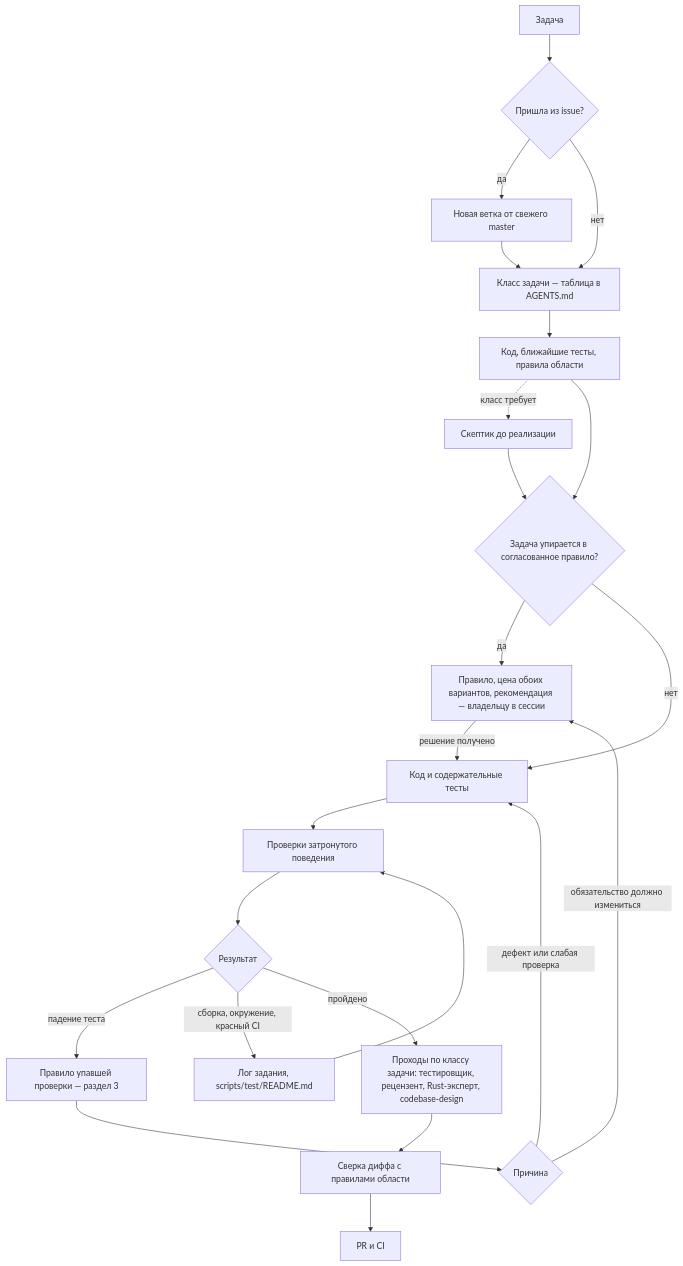
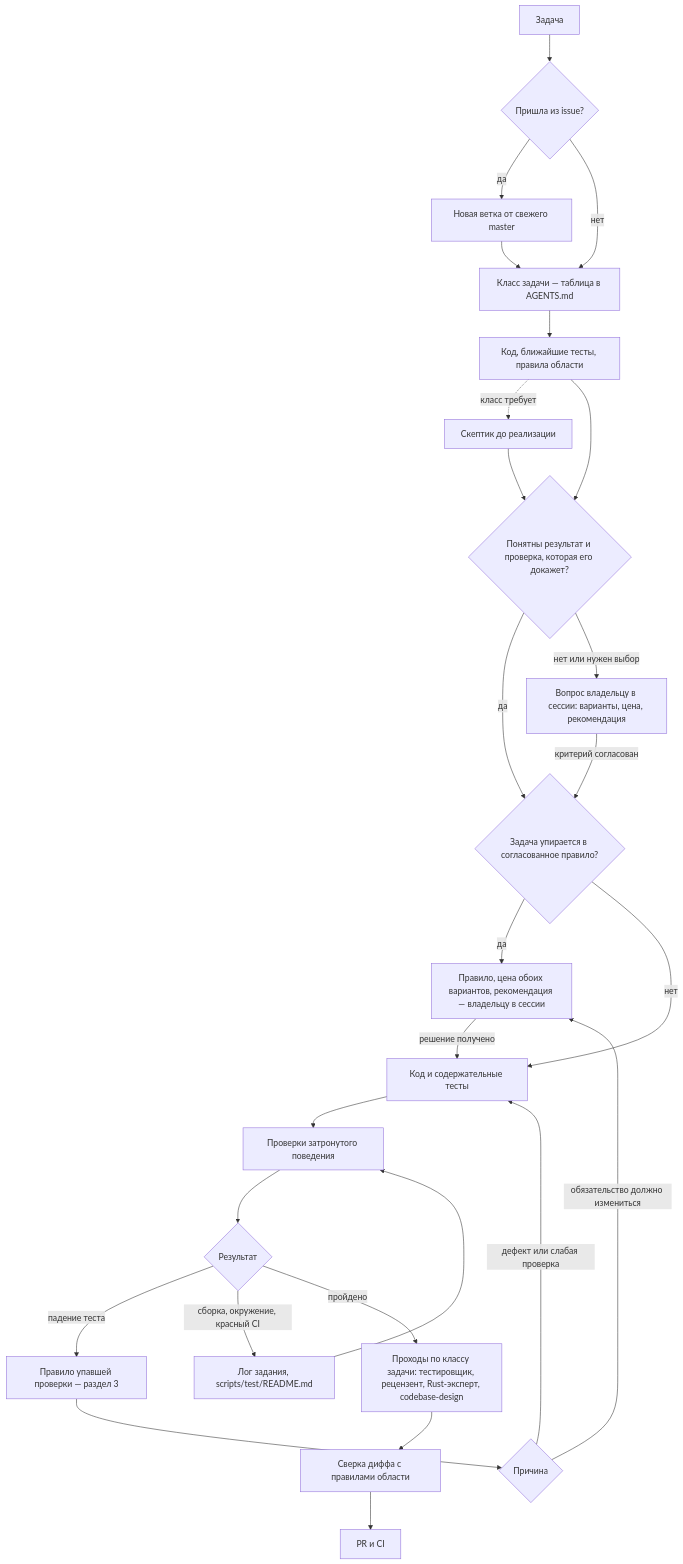
The second of 2 diagrams in AI_DEV.md (IngvarConsulting/v8-runner-rust), drawn with Mermaid before and after one commit. The commit also changed other lines of this file and 1 other file, not shown here.

Commit message:
docs(agents): результат и приёмка при постановке и взятии задачи (#462)
* docs(agents): результат и приёмка при постановке и взятии задачи

- AGENTS.md: раздел Expected Result and Acceptance Criteria — у issue результат и «Приёмка» из проверяемых утверждений; перед работой агент называет результат и доказывающую проверку, неясное — вопрос владельцу в сессии
- AI_DEV.md: шаг «Понятны результат и проверка?» после чтения правил области

* docs(agents): путь через скептика тоже проходит проверку результата и приёмки

````diff
--- a/AI_DEV.md
+++ b/AI_DEV.md
@@ -58,25 +58,29 @@
 ```mermaid
 flowchart TD
     T["Задача"] --> ISS{"Пришла из issue?"}
     ISS -->|"да"| BR["Новая ветка от свежего master"]
     ISS -->|"нет"| CLS
     BR --> CLS["Класс задачи — таблица в AGENTS.md"]
     CLS --> READ["Код, ближайшие тесты, правила области"]
     READ -.->|"класс требует"| SK["Скептик до реализации"]
-    SK --> K
-    READ --> K{"Задача упирается в согласованное правило?"}
+    SK --> CRIT
+    READ --> CRIT{"Понятны результат и проверка, которая его докажет?"}
+    CRIT -->|"да"| K
+    CRIT -->|"нет или нужен выбор"| ASK["Вопрос владельцу в сессии: варианты, цена, рекомендация"]
+    ASK -->|"критерий согласован"| K
+    K{"Задача упирается в согласованное правило?"}
     K -->|"да"| HUMAN["Правило, цена обоих вариантов, рекомендация — владельцу в сессии"]
     HUMAN -->|"решение получено"| CODE
     K -->|"нет"| CODE["Код и содержательные тесты"]
     CODE --> RUN["Проверки затронутого поведения"]
     RUN --> RES{"Результат"}
     RES -->|"падение теста"| LOOK["Правило упавшей проверки — раздел 3"]
     LOOK --> DIAG{"Причина"}
     DIAG -->|"дефект или слабая проверка"| CODE
     DIAG -->|"обязательство должно измениться"| HUMAN
     RES -->|"сборка, окружение, красный CI"| ENV["Лог задания, scripts/test/README.md"]
     ENV --> RUN
     RES -->|"пройдено"| REV["Проходы по классу задачи: тестировщик, рецензент, Rust-эксперт, codebase-design"]
     REV --> REC["Сверка диффа с правилами области"]
     REC --> PR["PR и CI"]
 ```
````
